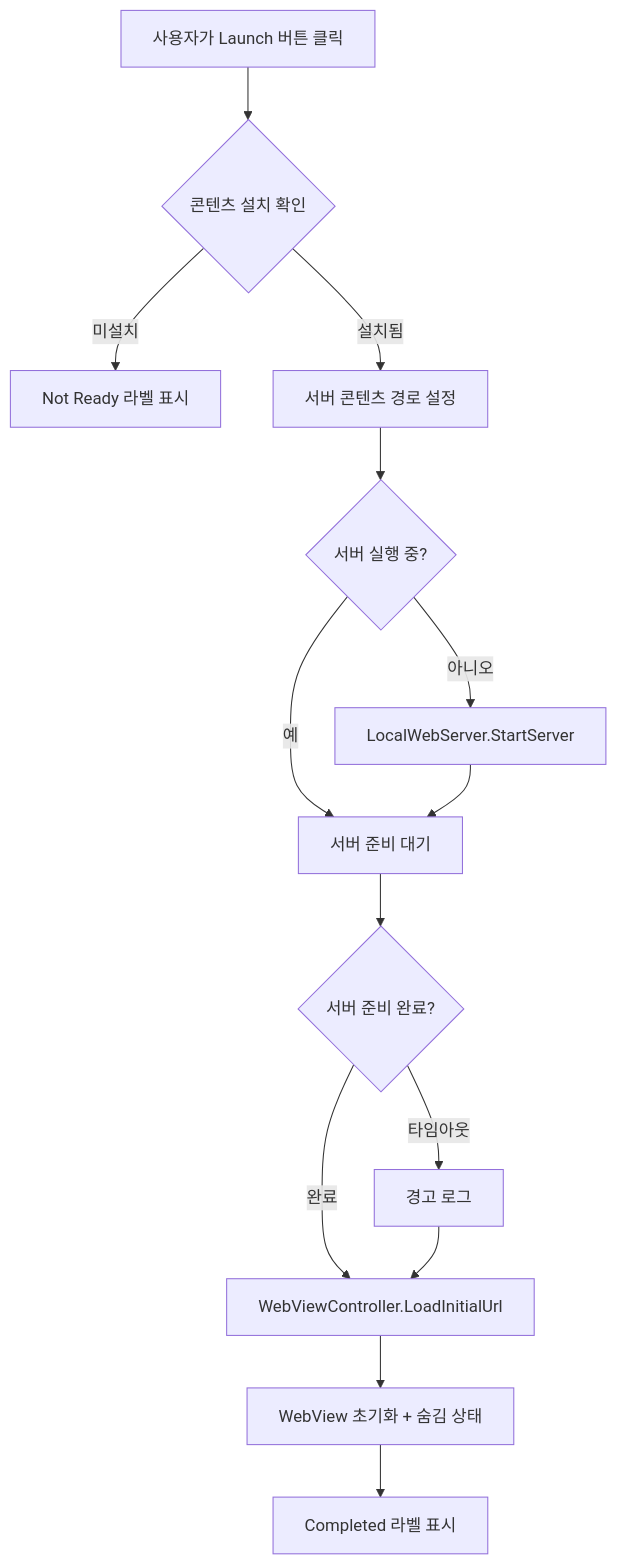
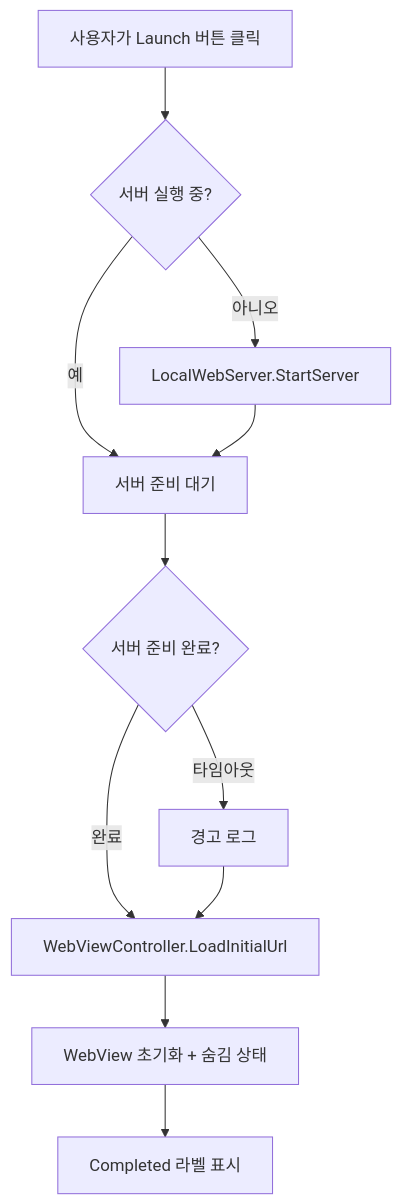
Before and after one commit to Muabe-motion/com.muabe.webview: the second of 5 diagrams in WEBVIEW_SETUP_GUIDE.md, drawn with Mermaid. The commit also changed other lines of this file and 4 other files, not shown here.

````diff
--- a/WEBVIEW_SETUP_GUIDE.md
+++ b/WEBVIEW_SETUP_GUIDE.md
@@ -801,16 +784,13 @@
 ```mermaid
 graph TD
-    A[사용자가 Launch 버튼 클릭] --> B{콘텐츠 설치 확인}
-    B -->|미설치| C[Not Ready 라벨 표시]
-    B -->|설치됨| D[서버 콘텐츠 경로 설정]
-    D --> E{서버 실행 중?}
-    E -->|아니오| F[LocalWebServer.StartServer]
-    E -->|예| G[서버 준비 대기]
+    A[사용자가 Launch 버튼 클릭] --> B{서버 실행 중?}
+    B -->|아니오| C[LocalWebServer.StartServer]
+    B -->|예| D[서버 준비 대기]
+    C --> D
+    D --> E{서버 준비 완료?}
+    E -->|타임아웃| F[경고 로그]
+    E -->|완료| G[WebViewController.LoadInitialUrl]
     F --> G
-    G --> H{서버 준비 완료?}
-    H -->|타임아웃| I[경고 로그]
-    H -->|완료| J[WebViewController.LoadInitialUrl]
-    I --> J
-    J --> K[WebView 초기화 + 숨김 상태]
-    K --> L[Completed 라벨 표시]
+    G --> H[WebView 초기화 + 숨김 상태]
+    H --> I[Completed 라벨 표시]
 ```
````
